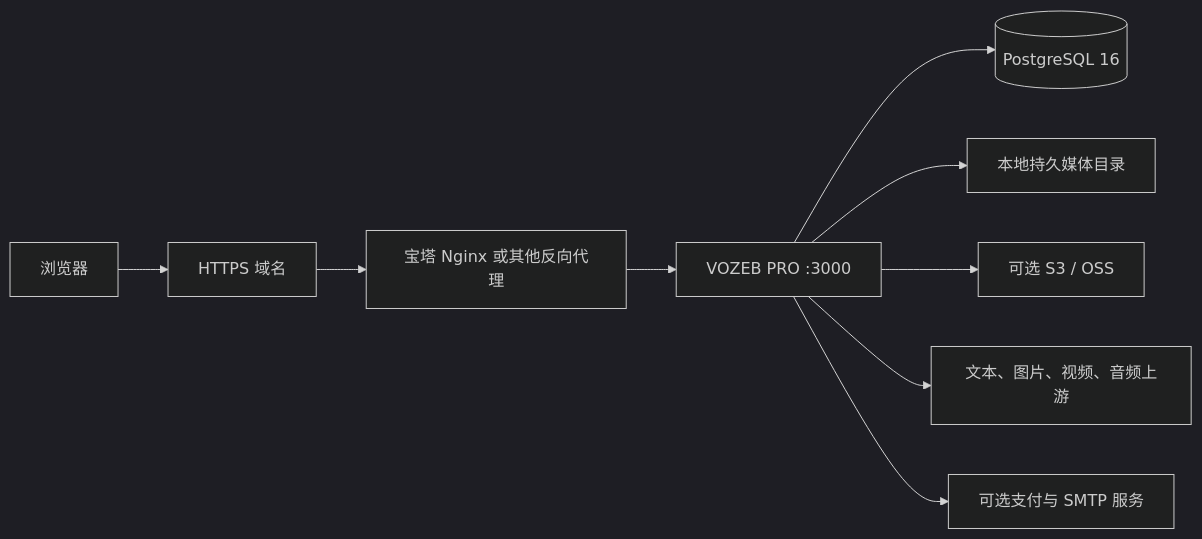
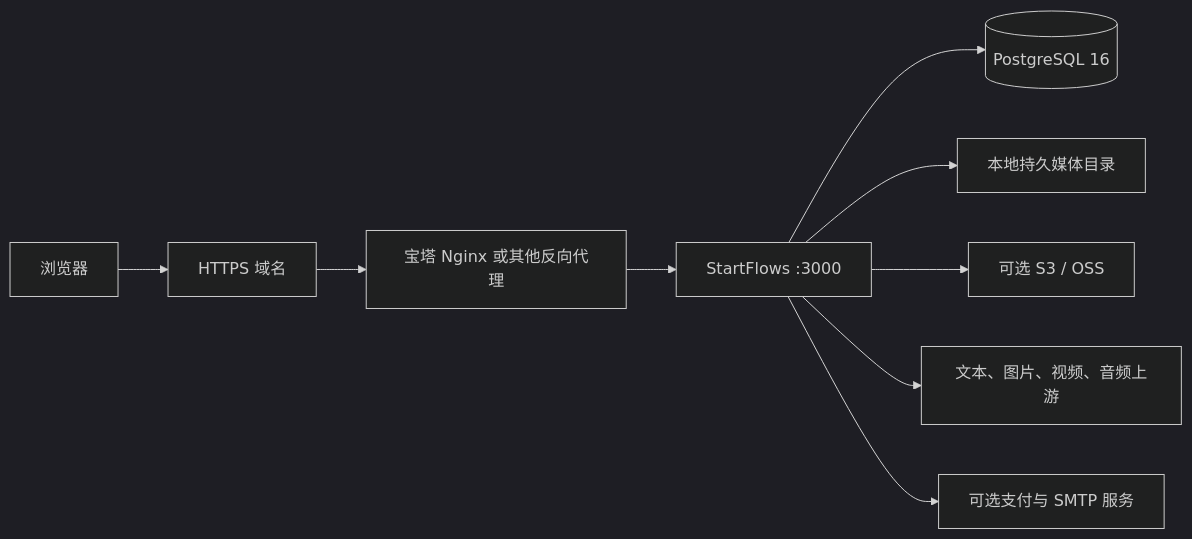
One commit to KinoGao/StartFlows changed the fifth of 6 diagrams in docs/content/docs/overview/project-structure.mdx. Above: the diagram before and after it, drawn with Mermaid (dark theme). The commit also changed other lines of this file and 73 other files, not shown here.

Commit message:
feat: 接入 VOZEB 原画布为智能画布（/smart-canvas），FlowCanvas 画布作为创作画布（/canvas）；canvas_projects 加 surface 列隔离两套项目空间，导航新增入口

````diff
--- a/docs/content/docs/overview/project-structure.mdx
+++ b/docs/content/docs/overview/project-structure.mdx
@@ -192,11 +192,11 @@
 ```mermaid
 flowchart LR
     USER["浏览器"] --> HTTPS["HTTPS 域名"]
     HTTPS --> NGINX["宝塔 Nginx 或其他反向代理"]
-    NGINX --> APP["VOZEB PRO :3000"]
+    NGINX --> APP["StartFlows :3000"]
     APP --> PG[("PostgreSQL 16")]
     APP --> LOCAL["本地持久媒体目录"]
     APP --> OSS["可选 S3 / OSS"]
     APP --> AI["文本、图片、视频、音频上游"]
     APP --> PAY["可选支付与 SMTP 服务"]
 ```
````
